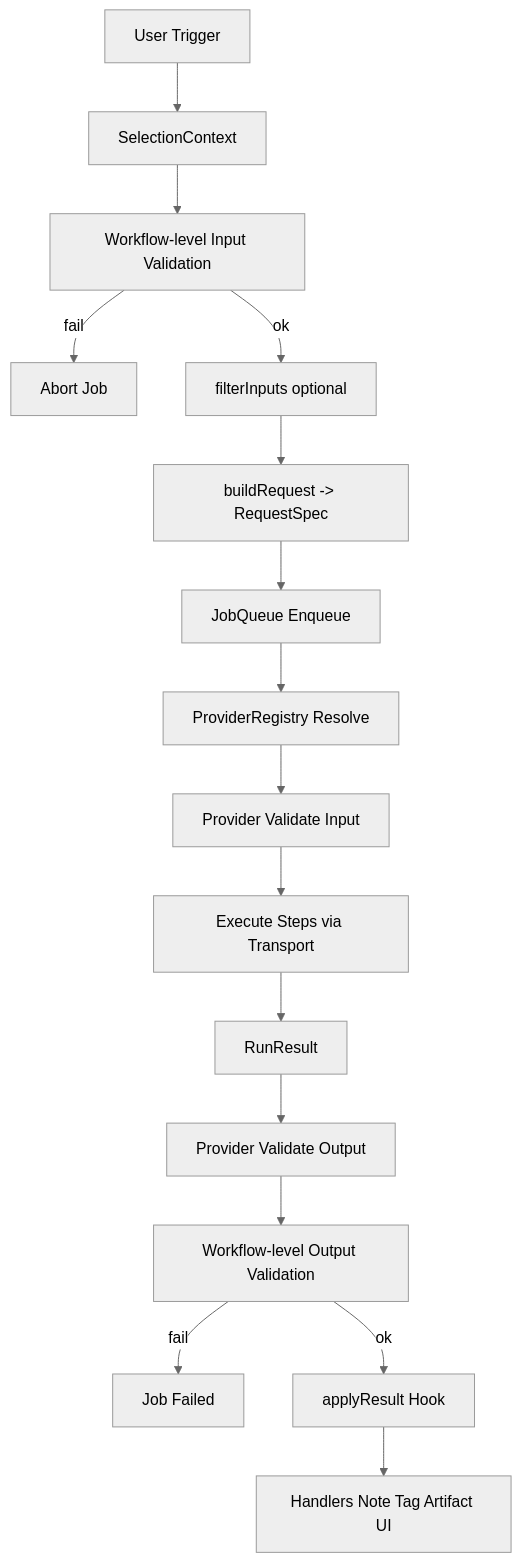
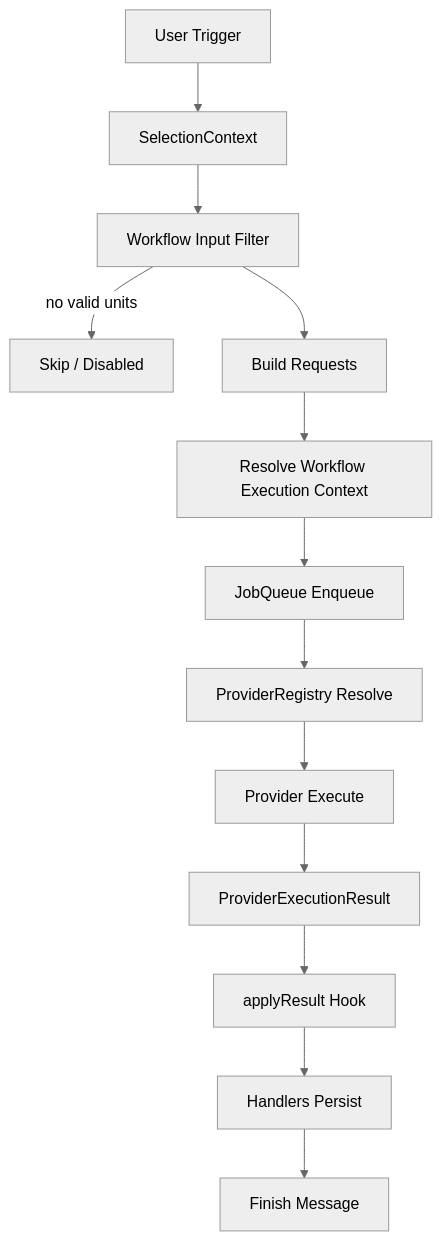
One commit to leike0813/Zotero-Skills changed the diagram in doc/architecture-flow.md. Above: the diagram before and after it, drawn with Mermaid (neutral theme). The commit also changed other lines of this file and 115 other files, not shown here.

First line of the commit message:
feat(m2): 配置化执行链路与 Provider 解耦（多后端 + Workflow 设置 + 任务管理）

````diff
--- a/doc/architecture-flow.md
+++ b/doc/architecture-flow.md
@@ -9,18 +7,15 @@
 ```mermaid
 flowchart TD
   A[User Trigger] --> B[SelectionContext]
-  B --> C[Workflow-level Input Validation]
-  C -->|fail| C1[Abort Job]
-  C -->|ok| D[filterInputs optional]
-  D --> E[buildRequest -> RequestSpec]
+  B --> C[Workflow Input Filter]
+  C -->|no valid units| C1[Skip / Disabled]
+  C --> D[Build Requests]
+  D --> E[Resolve Workflow Execution Context]
   E --> F[JobQueue Enqueue]
   F --> G[ProviderRegistry Resolve]
-  G --> H[Provider Validate Input]
-  H --> I[Execute Steps via Transport]
-  I --> J[RunResult]
-  J --> K[Provider Validate Output]
-  K --> L[Workflow-level Output Validation]
-  L -->|fail| L1[Job Failed]
-  L -->|ok| M[applyResult Hook]
-  M --> N[Handlers Note Tag Artifact UI]
+  G --> H[Provider Execute]
+  H --> I[ProviderExecutionResult]
+  I --> J[applyResult Hook]
+  J --> K[Handlers Persist]
+  K --> L[Finish Message]
 ```
````
